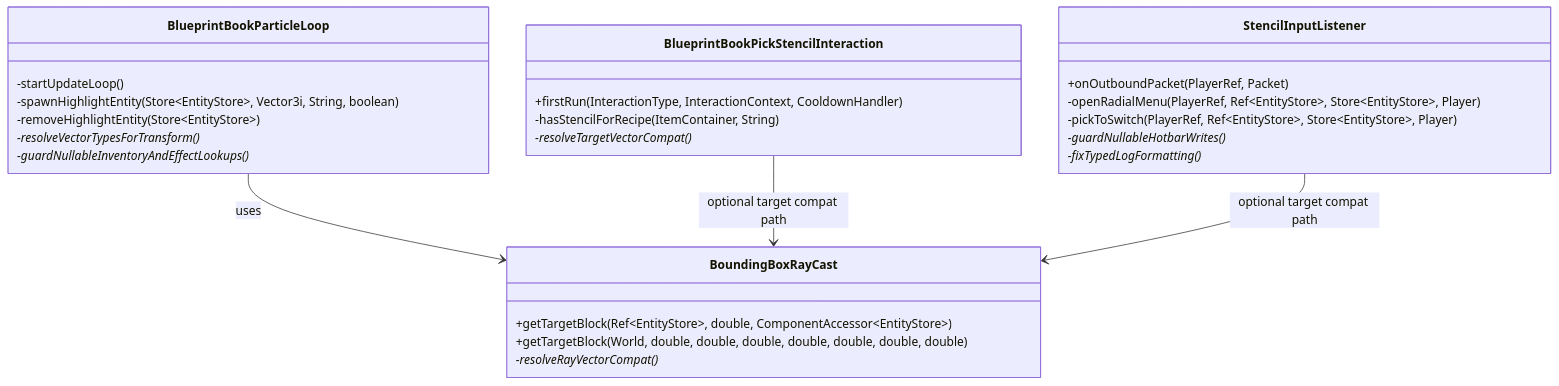
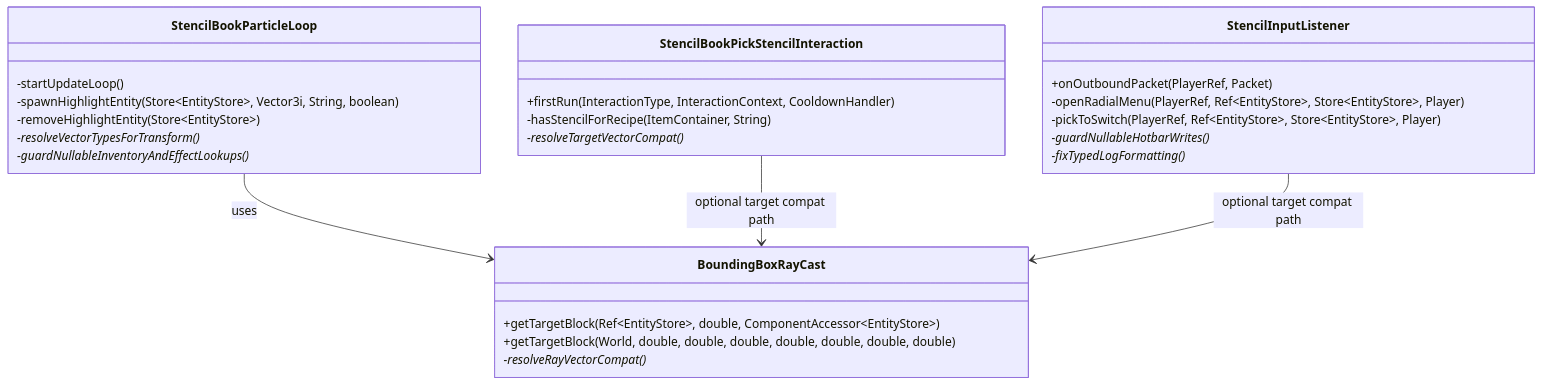
Before and after one commit to TheCodeCreature/Hytale-Example-Plugin: the first of 3 diagrams in docs/design-s2605261205-compile-restoration-vector-types.md, drawn with Mermaid. The commit also changed other lines of this file and 289 other files, not shown here.

````diff
--- a/docs/design-s2605261205-compile-restoration-vector-types.md
+++ b/docs/design-s2605261205-compile-restoration-vector-types.md
@@ -14,34 +14,34 @@
 ```mermaid
 classDiagram
-    class BlueprintBookParticleLoop {
+    class StencilBookParticleLoop {
       -startUpdateLoop()
       -spawnHighlightEntity(Store~EntityStore~, Vector3i, String, boolean)
       -removeHighlightEntity(Store~EntityStore~)
       -resolveVectorTypesForTransform() *
       -guardNullableInventoryAndEffectLookups() *
     }
 
-    class BlueprintBookPickStencilInteraction {
+    class StencilBookPickStencilInteraction {
       +firstRun(InteractionType, InteractionContext, CooldownHandler)
       -hasStencilForRecipe(ItemContainer, String)
       -resolveTargetVectorCompat() *
     }
 
     class StencilInputListener {
       +onOutboundPacket(PlayerRef, Packet)
       -openRadialMenu(PlayerRef, Ref~EntityStore~, Store~EntityStore~, Player)
       -pickToSwitch(PlayerRef, Ref~EntityStore~, Store~EntityStore~, Player)
       -guardNullableHotbarWrites() *
       -fixTypedLogFormatting() *
     }
 
     class BoundingBoxRayCast {
       +getTargetBlock(Ref~EntityStore~, double, ComponentAccessor~EntityStore~)
       +getTargetBlock(World, double, double, double, double, double, double, double)
       -resolveRayVectorCompat() *
     }
 
-    BlueprintBookParticleLoop --> BoundingBoxRayCast : uses
-    BlueprintBookPickStencilInteraction --> BoundingBoxRayCast : optional target compat path
+    StencilBookParticleLoop --> BoundingBoxRayCast : uses
+    StencilBookPickStencilInteraction --> BoundingBoxRayCast : optional target compat path
     StencilInputListener --> BoundingBoxRayCast : optional target compat path
 ```
````
